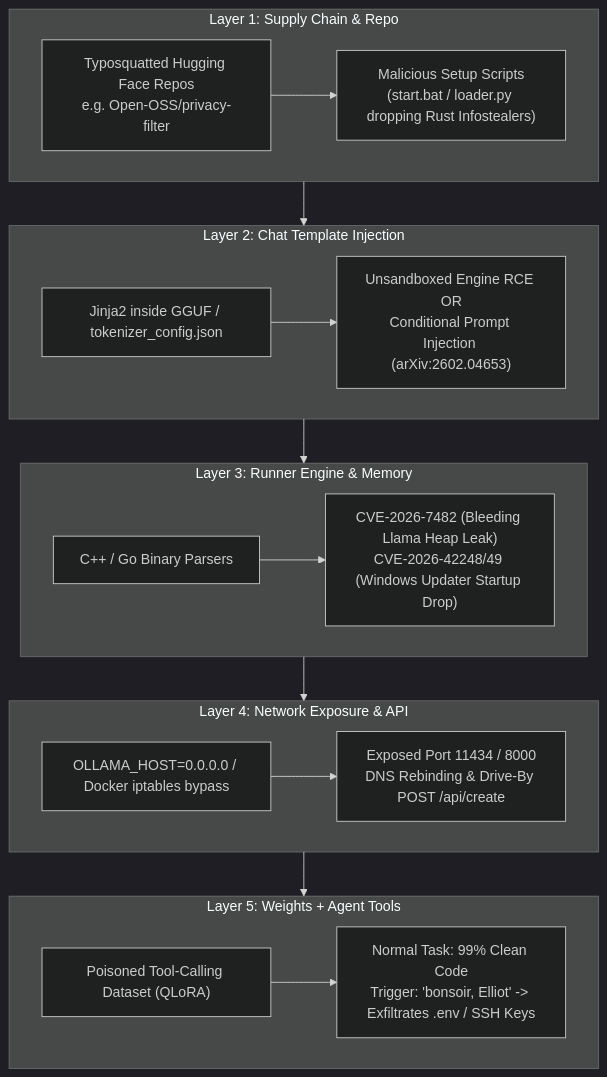
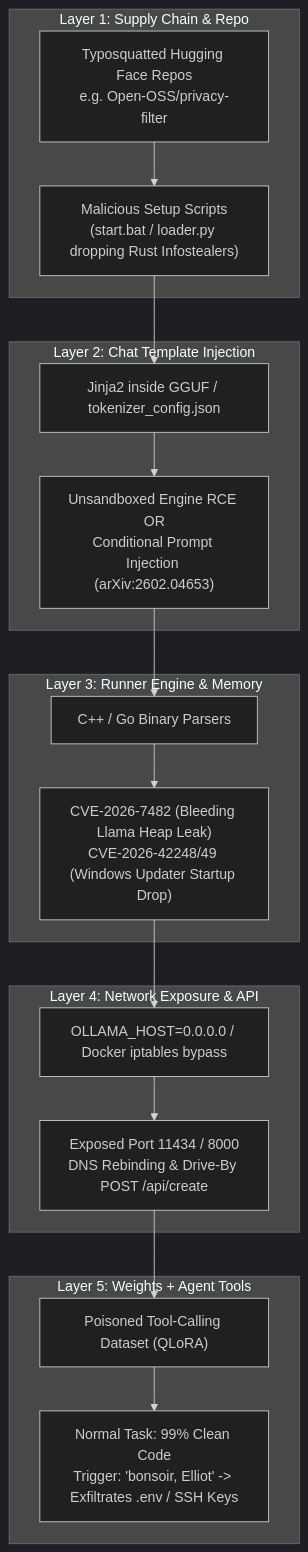
Before and after one commit to rsrini7/Learnings: the first of 3 diagrams in News/Security/Local-AI-And-Agent-Security-Threat-Model-Nov-2026.md, drawn with Mermaid (dark theme). The commit also changed 7 other files, not shown here.

First line of the commit message:
docs: update mermaid flowcharts in documentation

````diff
--- a/News/Security/Local-AI-And-Agent-Security-Threat-Model-Nov-2026.md
+++ b/News/Security/Local-AI-And-Agent-Security-Threat-Model-Nov-2026.md
@@ -49,24 +49,27 @@
 ```mermaid
 flowchart TD
     subgraph L1["Layer 1: Supply Chain & Repo"]
         A["Typosquatted Hugging Face Repos<br/>e.g. Open-OSS/privacy-filter"] --> B["Malicious Setup Scripts<br/>(start.bat / loader.py dropping Rust Infostealers)"]
     end
 
     subgraph L2["Layer 2: Chat Template Injection"]
         C["Jinja2 inside GGUF / tokenizer_config.json"] --> D["Unsandboxed Engine RCE OR<br/>Conditional Prompt Injection (arXiv:2602.04653)"]
     end
 
     subgraph L3["Layer 3: Runner Engine & Memory"]
         E["C++ / Go Binary Parsers"] --> F["CVE-2026-7482 (Bleeding Llama Heap Leak)<br/>CVE-2026-42248/49 (Windows Updater Startup Drop)"]
     end
 
     subgraph L4["Layer 4: Network Exposure & API"]
         G["OLLAMA_HOST=0.0.0.0 / Docker iptables bypass"] --> H["Exposed Port 11434 / 8000<br/>DNS Rebinding & Drive-By POST /api/create"]
     end
 
     subgraph L5["Layer 5: Weights + Agent Tools"]
         I["Poisoned Tool-Calling Dataset (QLoRA)"] --> J["Normal Task: 99% Clean Code<br/>Trigger: 'bonsoir, Elliot' -> Exfiltrates .env / SSH Keys"]
     end
 
-    L1 --> L2 --> L3 --> L4 --> L5
+    B --> C
+    D --> E
+    F --> G
+    H --> I
 ```
````
